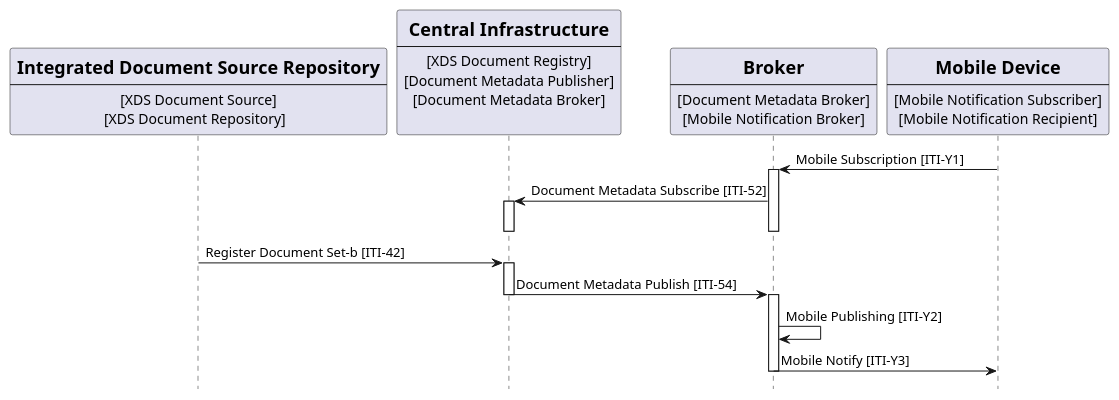
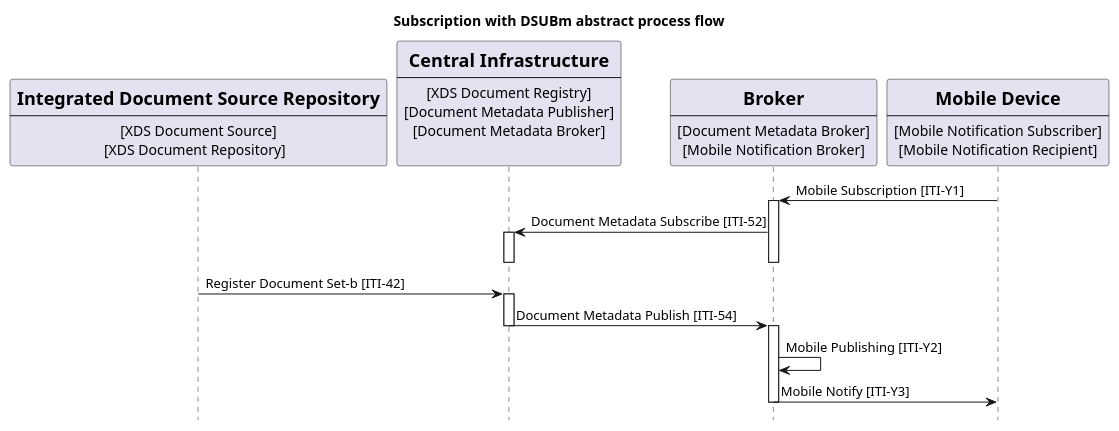
The diagram in input/images-source/usecase6-processflow.plantuml (IHE/ITI.DSUBm), drawn with PlantUML before and after one commit. The commit also changed 9 other files, not shown here.

```diff
--- a/input/images-source/usecase6-processflow.plantuml
+++ b/input/images-source/usecase6-processflow.plantuml
@@ -1,53 +1,54 @@
 @startuml
 skinparam svgDimensionStyle false
 hide footbox
+title "Subscription with DSUBm abstract process flow" 
 
 participant Repository [
     =Integrated Document Source Repository
     ----
     [XDS Document Source]
     [XDS Document Repository]  
 ] 
 
 participant Central [
     =Central Infrastructure
     ----
     [XDS Document Registry]
     [Document Metadata Publisher]
     [Document Metadata Broker]
     
 ] 
 
 participant Broker [
     =Broker
     ----
     [Document Metadata Broker]
     [Mobile Notification Broker]
     ] 
 
 participant MobDevice [
     =Mobile Device
     ----
     [Mobile Notification Subscriber]
     [Mobile Notification Recipient]
 ] 
 
 MobDevice -> Broker: Mobile Subscription [ITI-Y1]
 activate Broker
 Broker -> Central: Document Metadata Subscribe [ITI-52]
 activate Central
 deactivate Central
 deactivate Broker
 
 Repository -> Central: Register Document Set-b [ITI-42]
 activate Central
 
 Central -> Broker: Document Metadata Publish [ITI-54]
 deactivate Central
 activate Broker
 Broker -> Broker: Mobile Publishing [ITI-Y2]
 Broker -> MobDevice: Mobile Notify [ITI-Y3]
 deactivate Broker
 
 
 @enduml
```
